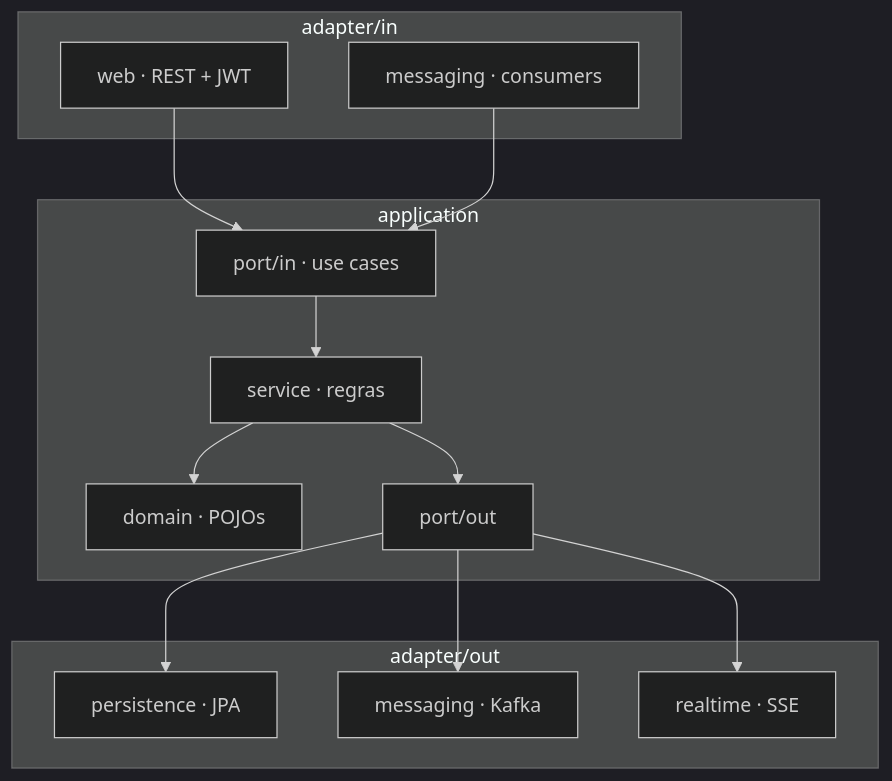
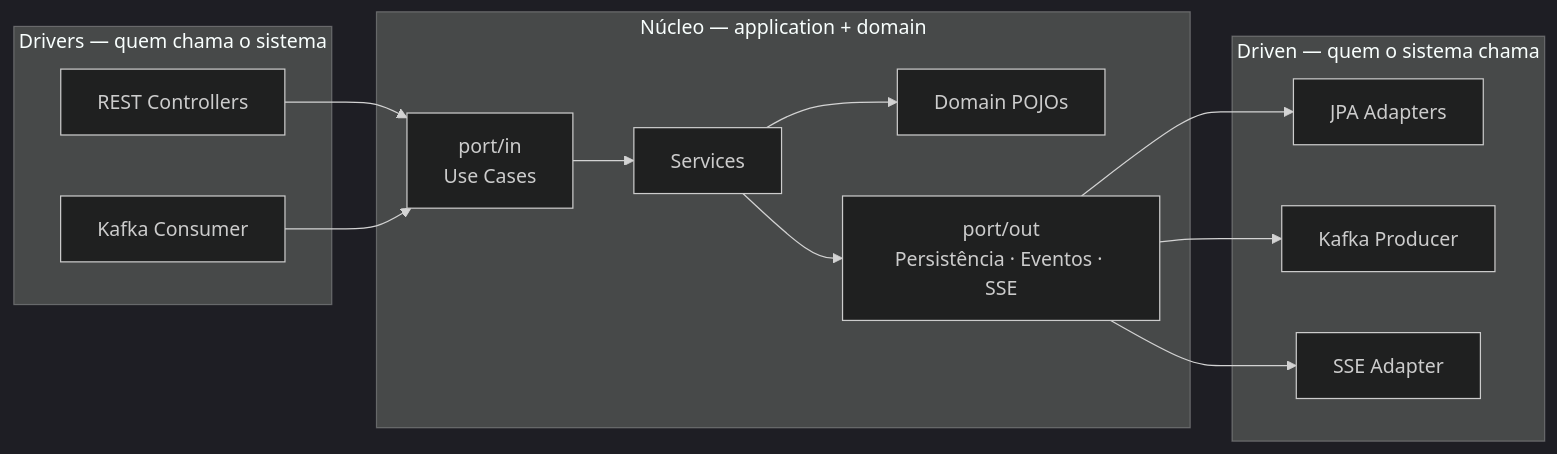
The second of 3 diagrams in README.md (karolAlbuquerque/central-lj), drawn with Mermaid (dark theme) before and after one commit. The commit also changed other lines of this file, not shown here.

First line of the commit message:
docs: expand README with detailed project overview and architecture

````diff
--- a/README.md
+++ b/README.md
@@ -135,26 +81,26 @@
 ```mermaid
-flowchart TB
-  subgraph IN["adapter/in"]
-    WEB[web · REST + JWT]
-    MSG_IN[messaging · consumers]
+flowchart LR
+  subgraph drivers["Drivers — quem chama o sistema"]
+    HTTP[REST Controllers]
+    KAFKA_IN[Kafka Consumer]
   end
-  subgraph APP["application"]
-    UC[port/in · use cases]
-    SVC[service · regras]
-    DOM[domain · POJOs]
-    PO[port/out]
+  subgraph core["Núcleo — application + domain"]
+    IN_PORT["port/in<br/>Use Cases"]
+    SVC[Services]
+    DOM[Domain POJOs]
+    OUT_PORT["port/out<br/>Persistência · Eventos · SSE"]
   end
-  subgraph OUT["adapter/out"]
-    JPA[persistence · JPA]
-    KAFKA[messaging · Kafka]
-    SSE[realtime · SSE]
+  subgraph driven["Driven — quem o sistema chama"]
+    JPA[JPA Adapters]
+    KAFKA_OUT[Kafka Producer]
+    RT[SSE Adapter]
   end
-  WEB --> UC
-  MSG_IN --> UC
-  UC --> SVC
+  HTTP --> IN_PORT
+  KAFKA_IN --> IN_PORT
+  IN_PORT --> SVC
   SVC --> DOM
-  SVC --> PO
-  PO --> JPA
-  PO --> KAFKA
-  PO --> SSE
+  SVC --> OUT_PORT
+  OUT_PORT --> JPA
+  OUT_PORT --> KAFKA_OUT
+  OUT_PORT --> RT
 ```
````
